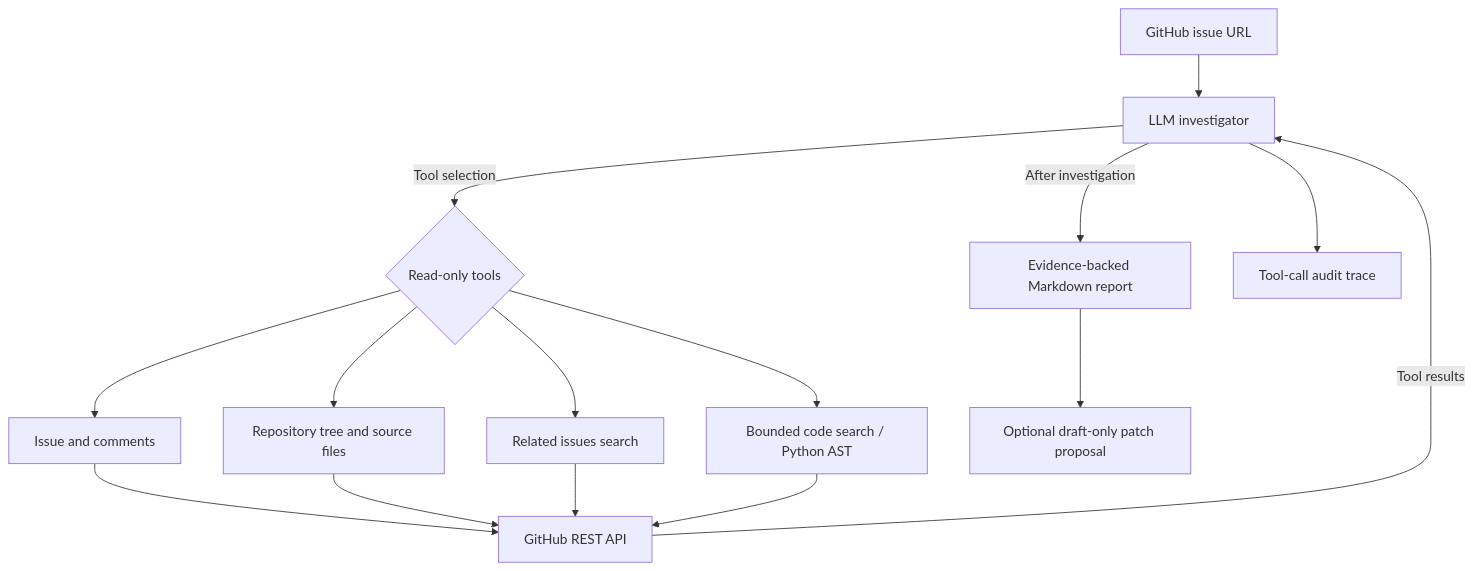
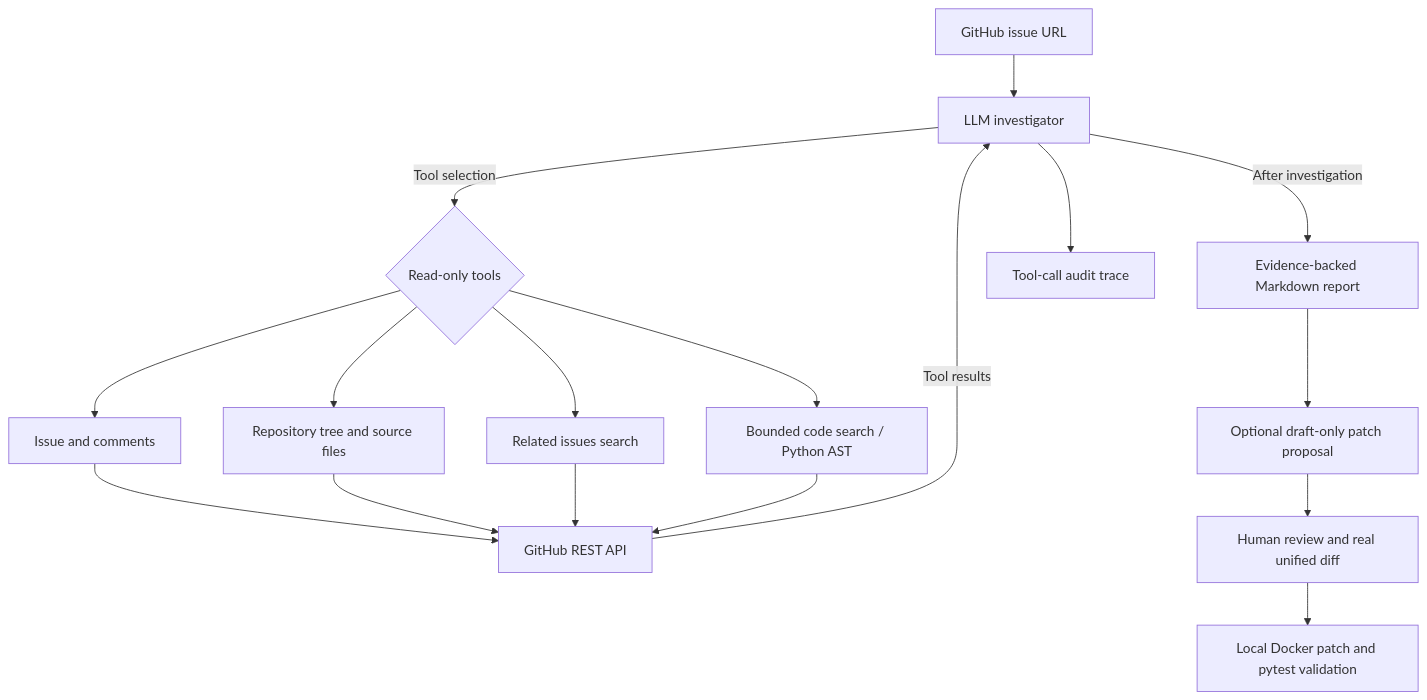
Before and after one commit to nfang-dev/issuepilot-agent: the diagram in README.md, drawn with Mermaid. The commit also changed other lines of this file and 9 other files, not shown here.

Commit message:
Add opt-in local Docker sandbox for reviewed Python patch validation

````diff
--- a/README.md
+++ b/README.md
@@ -69,17 +92,19 @@
 ```mermaid
 flowchart TD
     U[GitHub issue URL] --> A[LLM investigator]
     A -->|Tool selection| T{Read-only tools}
     T --> I[Issue and comments]
     T --> F[Repository tree and source files]
     T --> S[Related issues search]
     T --> X[Bounded code search / Python AST]
     I --> G[GitHub REST API]
     F --> G
     S --> G
     X --> G
     G -->|Tool results| A
     A -->|After investigation| R[Evidence-backed Markdown report]
     A --> L[Tool-call audit trace]
     R --> P[Optional draft-only patch proposal]
+    P --> H[Human review and real unified diff]
+    H --> D[Local Docker patch and pytest validation]
 ```
````
